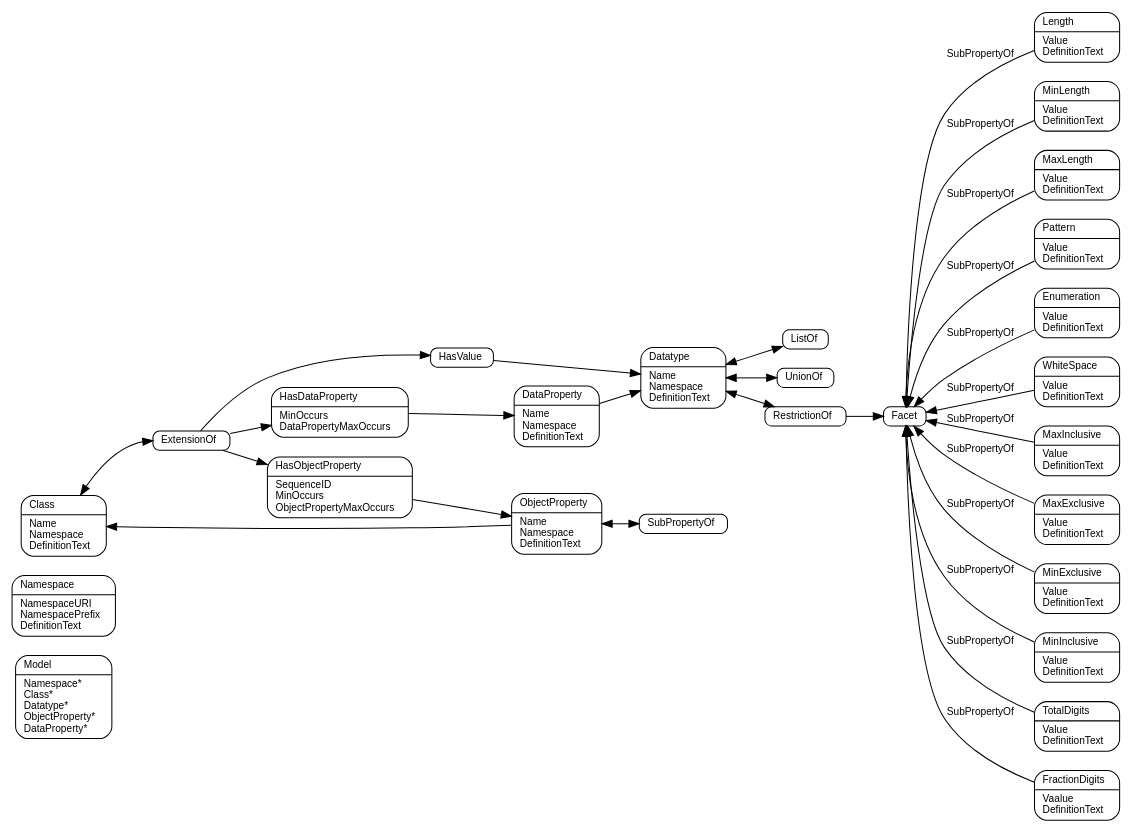
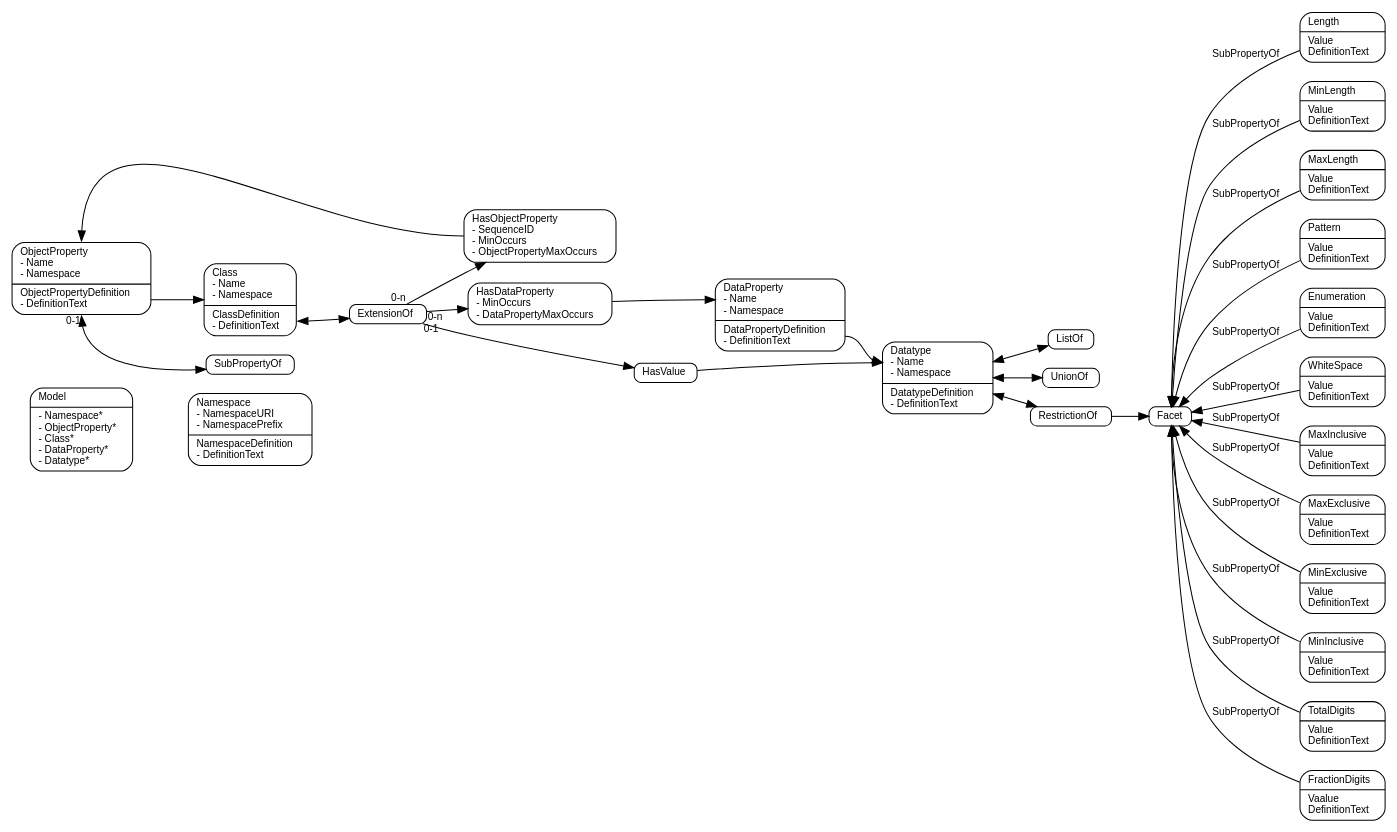
The diagram in metamodel.dot (webb/niem-metamodel), drawn with Graphviz before and after one commit. The commit also changed 3 other files, not shown here.

Commit message:
Cooked down to just the one good metamodel diagram.

```diff
--- a/metamodel.dot
+++ b/metamodel.dot
@@ -1,64 +1,79 @@
 digraph G {
   edge [fontname = "Helvetica", fontsize = 10, dir = forward];
   node [fontname = "Helvetica", fontsize = 10, width = 0, height = 0];
   rankdir = LR;
 
   node [shape=Mrecord];
   
-  Model [label="\N\l|Namespace*\lClass*\lDatatype*\lObjectProperty*\lDataProperty*\l"];
+  // model ///////////////////////////////////////////////////////////////////
 
-  Namespace [label="\N\l|NamespaceURI\lNamespacePrefix\lDefinitionText\l"];
+  Model [label="\N\l|- Namespace*\l- ObjectProperty*\l- Class*\l- DataProperty*\l- Datatype*\l"];
 
-  Class [label="\N\l|Name\lNamespace\lDefinitionText\l"];
-  Class -> ExtensionOf:w [dir=both];
-  ExtensionOf [label="\N\l"];
-  ExtensionOf -> { HasDataProperty HasObjectProperty HasValue};
-  
-  HasObjectProperty [label="\N\l|SequenceID\lMinOccurs\lObjectPropertyMaxOccurs\l"];
-  HasObjectProperty -> ObjectProperty;
+  // namespace ///////////////////////////////////////////////////////
 
-  ObjectProperty [label="\N\l|Name\lNamespace\lDefinitionText\l"];
-  ObjectProperty -> Class;
-  ObjectProperty -> SubPropertyOf [dir=both];
+  Namespace [label="<ref>\N\l- NamespaceURI\l- NamespacePrefix\l|<def>\NDefinition\l- DefinitionText\l"];
+
+  Model -> Namespace [style = invis];
+
+  // object property ///////////////////////////////////////////////////////
+
+  ObjectProperty [label="<ref>\N\l- Name\l- Namespace\l|<def>\NDefinition\l- DefinitionText\l"];
+  ObjectProperty:def -> Class;
+  ObjectProperty:def:s -> SubPropertyOf [dir=both] [taillabel="0-1"];
 
   SubPropertyOf [label="\N\l"];
 
-  HasDataProperty [label="\N\l|MinOccurs\lDataPropertyMaxOccurs\l"];
-  HasDataProperty -> DataProperty;
+  // class ///////////////////////////////////////////////////////
 
-  DataProperty [label="\N\l|Name\lNamespace\lDefinitionText\l"];
+  Class [label="<ref>\N\l- Name\l- Namespace\l|<def>\NDefinition\l- DefinitionText\l"];
+  Class:def -> ExtensionOf [dir=both];
+  ExtensionOf [label="\N\l"];
+  ExtensionOf -> { HasDataProperty HasObjectProperty } [taillabel="0-n"];
+  ExtensionOf -> HasValue [taillabel="0-1"];
   
-  DataProperty -> Datatype;
+  HasValue [label="\N\l"];
+  HasValue -> Datatype:ref;
+
+  HasObjectProperty [label="\N\l- SequenceID\l- MinOccurs\l- ObjectPropertyMaxOccurs\l"];
+  HasObjectProperty:w -> ObjectProperty:ref:n;
+
+  HasDataProperty [label="\N\l- MinOccurs\l- DataPropertyMaxOccurs\l"];
+  HasDataProperty -> DataProperty:ref;
+
+  // data property ///////////////////////////////////////////////////////
+
+  DataProperty [label="<ref>\N\l- Name\l- Namespace\l|<def>\NDefinition\l- DefinitionText\l"];
+  DataProperty:def -> Datatype:ref;
   
-  Datatype [label="\N\l|Name\lNamespace\lDefinitionText\l"];
+  // datatype ///////////////////////////////////////////////////////
+
+  Datatype [label="<ref>\N\l- Name\l- Namespace\l|<def>\NDefinition\l- DefinitionText\l"];
   Datatype -> ListOf [dir=both];
   Datatype -> UnionOf [dir=both];
   Datatype -> RestrictionOf [dir=both];
 
-  HasValue [label="\N\l"];
-  HasValue -> Datatype;
+  ListOf [label="\N\l"];
 
-  ListOf [label="\N\l"];
   UnionOf [label="\N\l"];
 
   RestrictionOf [label="\N\l"];
   RestrictionOf -> Facet;
 
   // facets
   Facet [label="\N\l"];
   Length [label="\N\l|Value\lDefinitionText\l"];
   MinLength [label="\N\l|Value\lDefinitionText\l"];
   MaxLength [label="\N\l|Value\lDefinitionText\l"];
   Pattern [label="\N\l|Value\lDefinitionText\l"];
   Enumeration [label="\N\l|Value\lDefinitionText\l"];
   WhiteSpace [label="\N\l|Value\lDefinitionText\l"];
   MaxInclusive [label="\N\l|Value\lDefinitionText\l"];
   MaxExclusive [label="\N\l|Value\lDefinitionText\l"];
   MinExclusive [label="\N\l|Value\lDefinitionText\l"];
   MinInclusive [label="\N\l|Value\lDefinitionText\l"];
   TotalDigits [label="\N\l|Value\lDefinitionText\l"];
   FractionDigits [label="\N\l|Vaalue\lDefinitionText\l"];
 
   edge [dir=back, label="SubPropertyOf"];
   Facet -> { Length MinLength MaxLength Pattern Enumeration WhiteSpace MaxInclusive MaxExclusive MinExclusive MinInclusive TotalDigits FractionDigits }
 }
```
